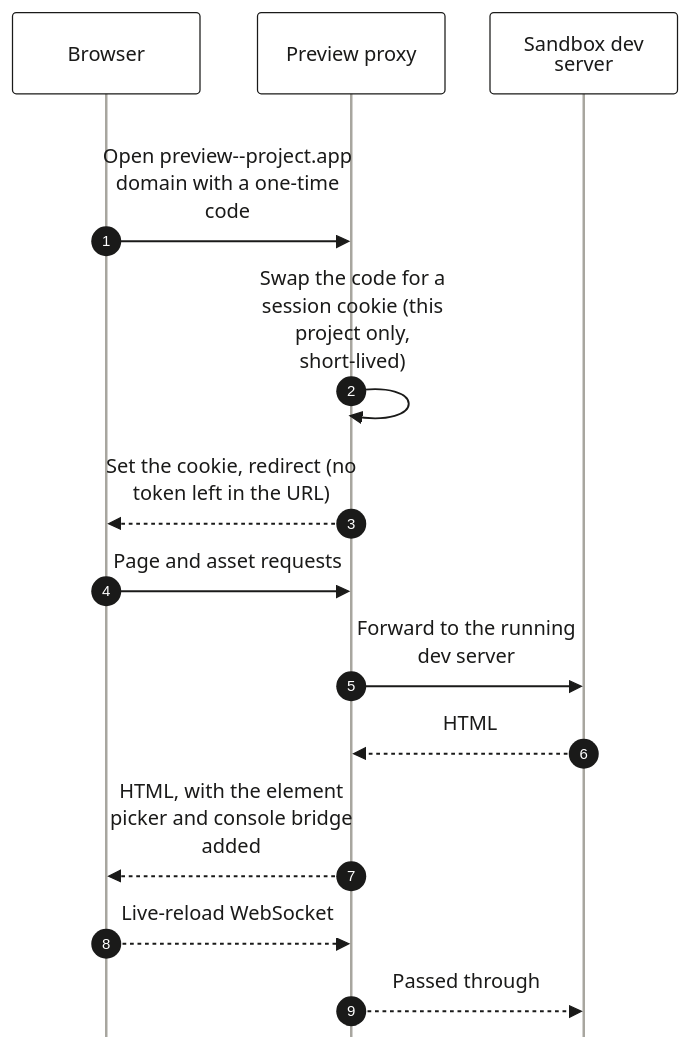
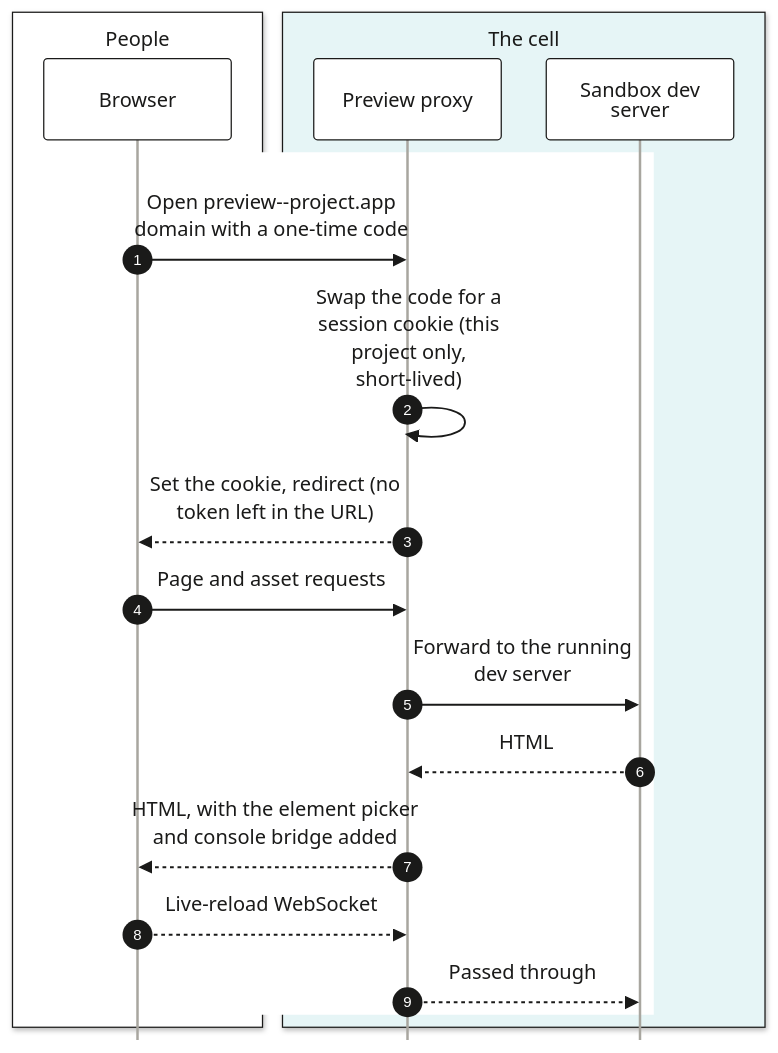
One commit to netanyaj/architect-2 changed the diagram in docs/product/diagrams/src/A4-preview-path.mmd. Above: the diagram before and after it, drawn with Mermaid. The commit also changed 32 other files, not shown here.

```diff
--- a/docs/product/diagrams/src/A4-preview-path.mmd
+++ b/docs/product/diagrams/src/A4-preview-path.mmd
@@ -1,18 +1,22 @@
-%%{init: {"theme":"base","themeVariables":{"fontFamily":"Arial","fontSize":"15px","primaryColor":"#FFFFFF","primaryBorderColor":"#1A1A19","primaryTextColor":"#1A1A19","lineColor":"#1A1A19","secondaryColor":"#FFFFFF","tertiaryColor":"#FFFFFF","clusterBkg":"#F5F4F0","clusterBorder":"#D6D4CC","edgeLabelBackground":"#FFFFFF","actorBkg":"#FFFFFF","actorBorder":"#1A1A19","actorTextColor":"#1A1A19","actorLineColor":"#A8A69F","signalColor":"#1A1A19","signalTextColor":"#1A1A19","noteBkgColor":"#F5F4F0","noteBorderColor":"#D6D4CC","noteTextColor":"#42413D","labelBoxBkgColor":"#FFFFFF","labelBoxBorderColor":"#1A1A19","labelTextColor":"#1A1A19","loopTextColor":"#1A1A19","activationBkgColor":"#F5F4F0","activationBorderColor":"#1A1A19","sequenceNumberColor":"#FFFFFF"},"sequence":{"mirrorActors":false,"actorMargin":36,"wrap":true,"width":150}}}%%
+%%{init: {"theme":"base","themeVariables":{"fontFamily":"Arial","fontSize":"15px","primaryColor":"#FFFFFF","primaryBorderColor":"#1A1A19","primaryTextColor":"#1A1A19","lineColor":"#1A1A19","secondaryColor":"#FFFFFF","tertiaryColor":"#FFFFFF","clusterBkg":"#FFFFFF","clusterBorder":"#D6D4CC","edgeLabelBackground":"#FFFFFF","actorBkg":"#FFFFFF","actorBorder":"#1A1A19","actorTextColor":"#1A1A19","actorLineColor":"#A8A69F","signalColor":"#1A1A19","signalTextColor":"#1A1A19","noteBkgColor":"#FFFFFF","noteBorderColor":"#D6D4CC","noteTextColor":"#1A1A19","labelBoxBkgColor":"#FFFFFF","labelBoxBorderColor":"#1A1A19","labelTextColor":"#1A1A19","loopTextColor":"#1A1A19","activationBkgColor":"#F5F4F0","activationBorderColor":"#1A1A19","sequenceNumberColor":"#FFFFFF","textColor":"#1A1A19","titleColor":"#1A1A19","nodeTextColor":"#1A1A19"},"sequence":{"mirrorActors":false,"actorMargin":36,"wrap":true,"width":150}}}%%
 sequenceDiagram
   autonumber
-  participant B as Browser
-  participant PX as Preview proxy
-  participant SB as Sandbox dev server
+  box rgb(255, 255, 255) People
+    participant B as Browser
+  end
+  box rgb(230, 245, 246) The cell
+    participant PX as Preview proxy
+    participant SB as Sandbox dev server
+  end
   %% A white card, so ink lines read on GitHub's dark theme too
   rect rgb(255, 255, 255)
     B->>PX: Open preview--project.app domain with a one-time code
     PX->>PX: Swap the code for a session cookie (this project only, short-lived)
     PX-->>B: Set the cookie, redirect (no token left in the URL)
     B->>PX: Page and asset requests
     PX->>SB: Forward to the running dev server
     SB-->>PX: HTML
     PX-->>B: HTML, with the element picker and console bridge added
     B-->>PX: Live-reload WebSocket
     PX-->>SB: Passed through
   end
```
